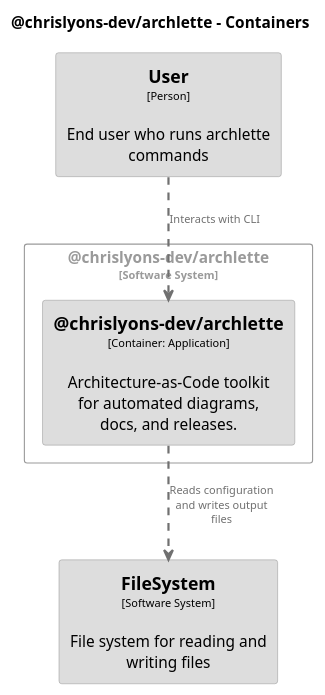
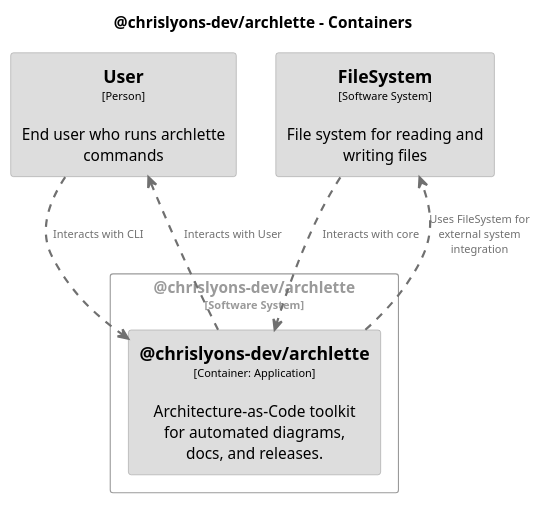
The diagram in docs/architecture/diagrams/plantuml/structurizr-Containers.puml (chrislyons-dev/archlette), drawn with PlantUML before and after one commit. The commit also changed 23 other files, not shown here.

```diff
--- a/docs/architecture/diagrams/plantuml/structurizr-Containers.puml
+++ b/docs/architecture/diagrams/plantuml/structurizr-Containers.puml
@@ -1,51 +1,53 @@
 @startuml
 set separator none
 title @chrislyons-dev/archlette - Containers
 
 top to bottom direction
 skinparam ranksep 60
 skinparam nodesep 30
 
 skinparam {
   arrowFontSize 10
   defaultTextAlignment center
   wrapWidth 200
   maxMessageSize 100
 }
 
 hide stereotype
 
 skinparam rectangle<<chrislyonsdevarchlette.chrislyonsdevarchlette>> {
   BackgroundColor #dddddd
   FontColor #000000
   BorderColor #9a9a9a
   shadowing false
 }
 skinparam rectangle<<FileSystem>> {
   BackgroundColor #dddddd
   FontColor #000000
   BorderColor #9a9a9a
   shadowing false
 }
 skinparam rectangle<<User>> {
   BackgroundColor #dddddd
   FontColor #000000
   BorderColor #9a9a9a
   shadowing false
 }
 skinparam rectangle<<chrislyonsdevarchlette>> {
   BorderColor #9a9a9a
   FontColor #9a9a9a
   shadowing false
 }
 
 rectangle "==User\n<size:10>[Person]</size>\n\nEnd user who runs archlette commands" <<User>> as User
 rectangle "==FileSystem\n<size:10>[Software System]</size>\n\nFile system for reading and writing files" <<FileSystem>> as FileSystem
 
 rectangle "@chrislyons-dev/archlette\n<size:10>[Software System]</size>" <<chrislyonsdevarchlette>> {
   rectangle "==@chrislyons-dev/archlette\n<size:10>[Container: Application]</size>\n\nArchitecture-as-Code toolkit for automated diagrams, docs, and releases." <<chrislyonsdevarchlette.chrislyonsdevarchlette>> as chrislyonsdevarchlette.chrislyonsdevarchlette
 }
 
 User .[#707070,thickness=2].> chrislyonsdevarchlette.chrislyonsdevarchlette : "<color:#707070>Interacts with CLI"
-chrislyonsdevarchlette.chrislyonsdevarchlette .[#707070,thickness=2].> FileSystem : "<color:#707070>Reads configuration and writes output files"
+FileSystem .[#707070,thickness=2].> chrislyonsdevarchlette.chrislyonsdevarchlette : "<color:#707070>Interacts with core"
+chrislyonsdevarchlette.chrislyonsdevarchlette .[#707070,thickness=2].> User : "<color:#707070>Interacts with User"
+chrislyonsdevarchlette.chrislyonsdevarchlette .[#707070,thickness=2].> FileSystem : "<color:#707070>Uses FileSystem for external system integration"
 @enduml
```
